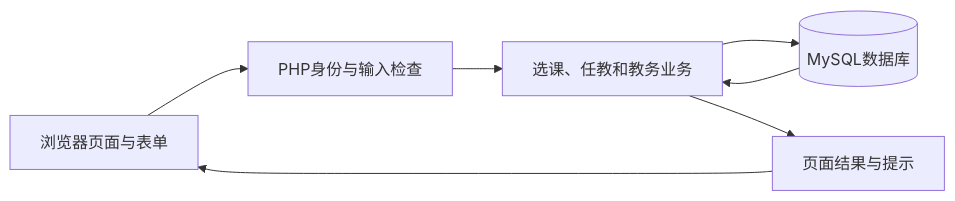
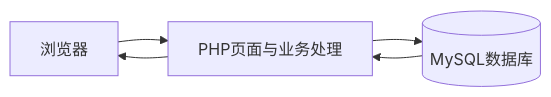
One commit to jwe148/- changed the first of 3 diagrams in 课程注册系统设计文档.md. Above: the diagram before and after it, drawn with Mermaid. The commit also changed other lines of this file and 6 other files, not shown here.

````diff
--- a/课程注册系统设计文档.md
+++ b/课程注册系统设计文档.md
@@ -11,9 +9,7 @@
 ```mermaid
 flowchart LR
-    A[浏览器页面与表单] --> B[PHP身份与输入检查]
-    B --> C[选课、任教和教务业务]
-    C --> D[(MySQL数据库)]
-    D --> C
-    C --> E[页面结果与提示]
-    E --> A
+    A[浏览器] --> B[PHP页面与业务处理]
+    B --> C[(MySQL数据库)]
+    C --> B
+    B --> A
 ```
````
